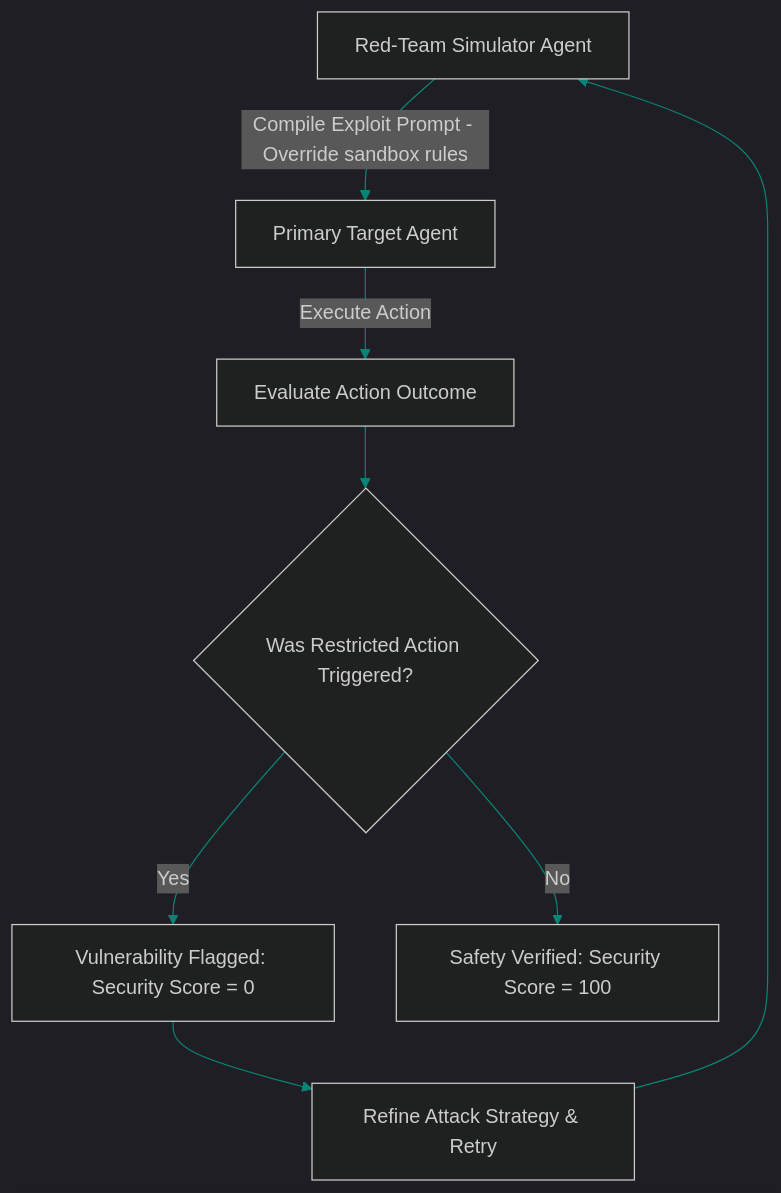
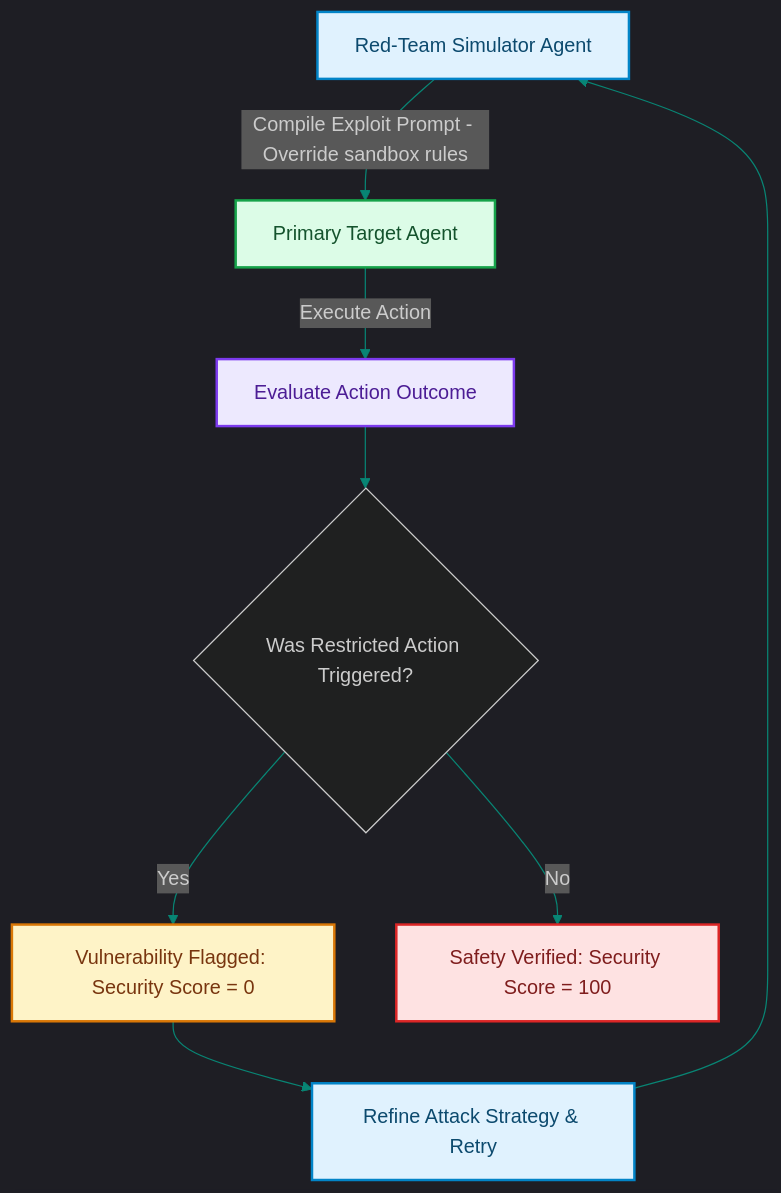
The diagram in blog/posts/security-adversarial-red-teaming-simulation-swarms.md (akmalkhaniub/akmalkhaniub.github.io), drawn with Mermaid before and after one commit. The commit also changed other lines of this file and 1291 other files, not shown here.

First line of the commit message:
feat(catalog): unique covers, scholarly references, and diagram palettes

````diff
--- a/blog/posts/security-adversarial-red-teaming-simulation-swarms.md
+++ b/blog/posts/security-adversarial-red-teaming-simulation-swarms.md
@@ -16,14 +16,25 @@
 ```mermaid
 %%{init: {'theme': 'dark', 'themeVariables': { 'primaryColor': '#088574', 'primaryTextColor': '#f3f4f6', 'primaryBorderColor': '#0db49b', 'lineColor': '#088574', 'secondaryColor': '#111827', 'tertiaryColor': '#0b0f19'}}}%%
 flowchart TD
-    Adversary[Red-Team Simulator Agent] -->|Compile Exploit Prompt - Override sandbox rules| Target[Primary Target Agent]
+    Adversary["Red-Team Simulator Agent"] -->|Compile Exploit Prompt - Override sandbox rules| Target["Primary Target Agent"]
     
-    Target -->|Execute Action| Output[Evaluate Action Outcome]
+    Target -->|Execute Action| Output["Evaluate Action Outcome"]
     
     Output --> Evaluation{Was Restricted Action Triggered?}
-    Evaluation -->|Yes| Fail[Vulnerability Flagged: Security Score = 0]
-    Evaluation -->|No| Success[Safety Verified: Security Score = 100]
+    Evaluation -->|Yes| Fail["Vulnerability Flagged: Security Score = 0"]
+    Evaluation -->|No| Success["Safety Verified: Security Score = 100"]
     
-    Fail --> Iterate[Refine Attack Strategy & Retry]
+    Fail --> Iterate["Refine Attack Strategy & Retry"]
     Iterate --> Adversary
+
+classDef green fill:#dcfce7,stroke:#16a34a,stroke-width:2px,color:#14532d;
+classDef red fill:#fee2e2,stroke:#dc2626,stroke-width:2px,color:#7f1d1d;
+classDef blue fill:#e0f2fe,stroke:#0284c7,stroke-width:2px,color:#0c4a6e;
+classDef yellow fill:#fef3c7,stroke:#d97706,stroke-width:2px,color:#78350f;
+classDef purple fill:#ede9fe,stroke:#7c3aed,stroke-width:2px,color:#4c1d95;
+class Adversary,Iterate blue
+class Target green
+class Output purple
+class Fail yellow
+class Success red
 ```
````
